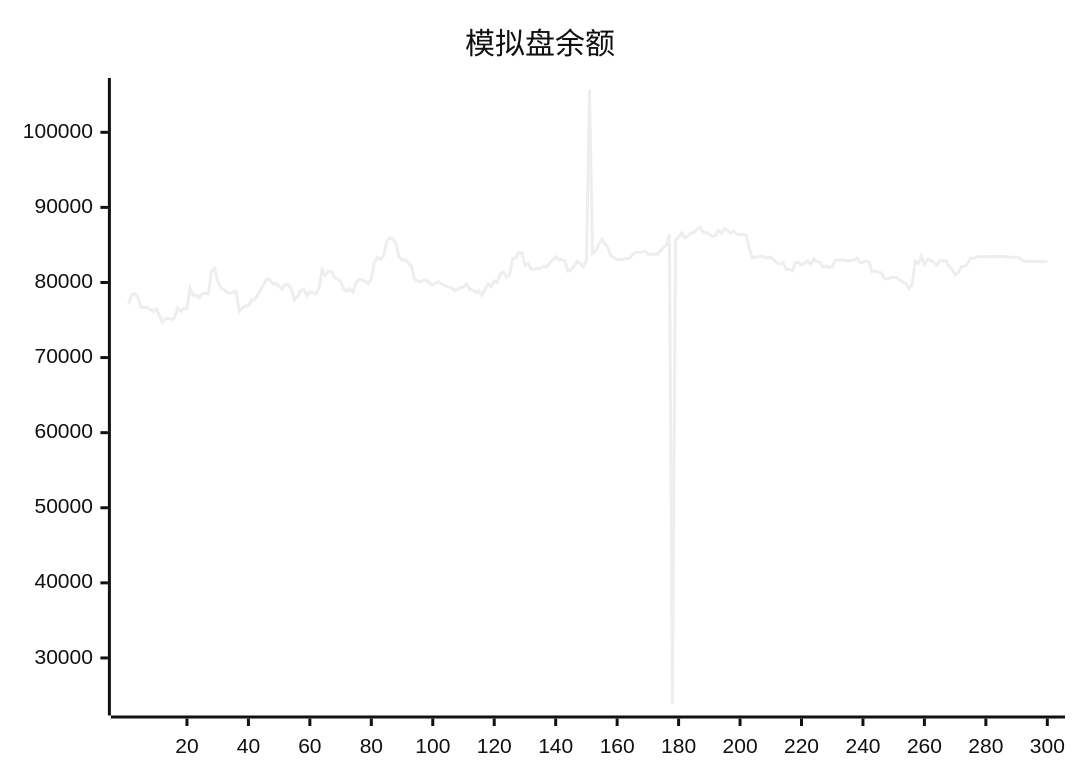
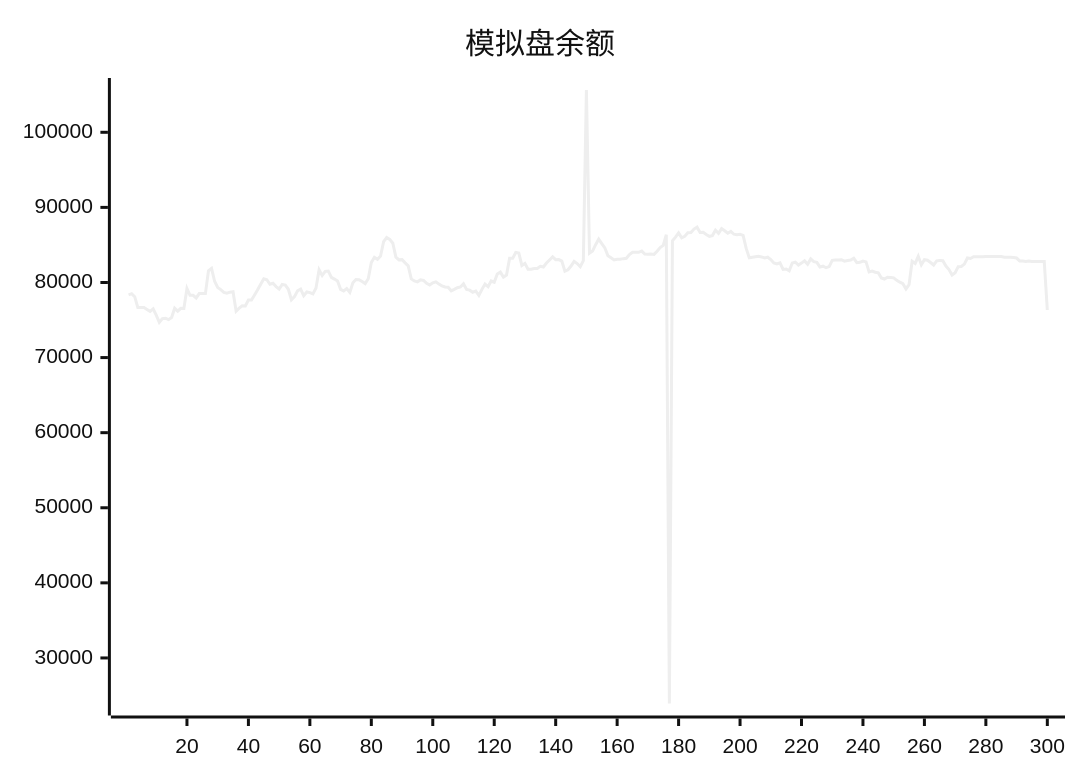
Before and after one commit to aahl/ai-trading: the diagram in README.md, drawn with Mermaid (neutral theme). The commit also changed other lines of this file and 1 other file, not shown here.

````diff
--- a/README.md
+++ b/README.md
@@ -5,5 +5,5 @@
 ```mermaid
 xychart
     title "模拟盘余额"
-    line [77103,78357,78510,78106,76678,76677,76672,76411,76159,76485,75656,74695,75197,75246,75052,75334,76564,76179,76553,76551,79196,78300,78300,77944,78531,78531,78521,81564,81884,80160,79335,79055,78675,78580,78708,78764,76179,76586,76902,76876,77658,77669,78346,79023,79769,80497,80366,79761,79896,79448,79126,79749,79658,79097,77695,78114,78888,79126,78249,78738,78653,78478,79271,81680,80923,81488,81527,80681,80455,80190,79084,78879,79193,78686,79954,80403,80374,80118,79848,80491,82665,83351,83098,83525,85430,85983,85737,85221,83378,83014,83043,82613,82216,80477,80208,80081,80348,80277,79894,79670,79965,80093,79786,79542,79406,79371,78893,79087,79304,79406,79841,79072,78978,78696,78846,78272,79085,79787,79442,80198,80031,81120,81379,80718,80985,83214,83212,83993,83921,82270,82547,81776,81776,81866,81866,82158,82061,82596,83000,83408,83041,83050,82858,81503,81691,82188,82812,82517,82092,82901,105633,83898,84180,85030,85781,85178,84604,83569,83298,83008,83093,83107,83175,83228,83729,84025,84017,84019,84177,83775,83762,83785,83738,84160,84639,84939,86370,23934,85548,86046,86599,85942,86161,86622,86664,87115,87369,86666,86685,86384,86152,86243,86969,86548,87164,86885,86566,86809,86427,86348,86417,86273,84538,83299,83369,83430,83490,83404,83270,83362,83056,82605,82459,82614,81734,81788,81551,82598,82702,82320,82580,82878,82426,83139,82778,82686,82056,82166,81963,82110,82951,82983,82984,83038,82838,82915,82998,83235,82642,82682,82858,82746,81396,81512,81362,81277,80600,80461,80699,80673,80616,80288,80038,79836,79142,79722,82837,82533,83480,82366,83032,82960,82654,82330,82883,82934,82901,82188,81728,81005,81298,82110,82135,82449,83264,83203,83440,83439,83440,83440,83446,83447,83448,83447,83448,83449,83369,83369,83369,83313,83256,82872,82873,82801,82844,82785,82791,82791,82793,82794]
+    line [78357,78510,78106,76678,76677,76672,76411,76159,76485,75656,74695,75197,75246,75052,75334,76564,76179,76553,76551,79196,78300,78300,77944,78531,78531,78521,81564,81884,80160,79335,79055,78675,78580,78708,78764,76179,76586,76902,76876,77658,77669,78346,79023,79769,80497,80366,79761,79896,79448,79126,79749,79658,79097,77695,78114,78888,79126,78249,78738,78653,78478,79271,81680,80923,81488,81527,80681,80455,80190,79084,78879,79193,78686,79954,80403,80374,80118,79848,80491,82665,83351,83098,83525,85430,85983,85737,85221,83378,83014,83043,82613,82216,80477,80208,80081,80348,80277,79894,79670,79965,80093,79786,79542,79406,79371,78893,79087,79304,79406,79841,79072,78978,78696,78846,78272,79085,79787,79442,80198,80031,81120,81379,80718,80985,83214,83212,83993,83921,82270,82547,81776,81776,81866,81866,82158,82061,82596,83000,83408,83041,83050,82858,81503,81691,82188,82812,82517,82092,82901,105633,83898,84180,85030,85781,85178,84604,83569,83298,83008,83093,83107,83175,83228,83729,84025,84017,84019,84177,83775,83762,83785,83738,84160,84639,84939,86370,23934,85548,86046,86599,85942,86161,86622,86664,87115,87369,86666,86685,86384,86152,86243,86969,86548,87164,86885,86566,86809,86427,86348,86417,86273,84538,83299,83369,83430,83490,83404,83270,83362,83056,82605,82459,82614,81734,81788,81551,82598,82702,82320,82580,82878,82426,83139,82778,82686,82056,82166,81963,82110,82951,82983,82984,83038,82838,82915,82998,83235,82642,82682,82858,82746,81396,81512,81362,81277,80600,80461,80699,80673,80616,80288,80038,79836,79142,79722,82837,82533,83480,82366,83032,82960,82654,82330,82883,82934,82901,82188,81728,81005,81298,82110,82135,82449,83264,83203,83440,83439,83440,83440,83446,83447,83448,83447,83448,83449,83369,83369,83369,83313,83256,82872,82873,82801,82844,82785,82791,82791,82793,82794,76339]
 ```
````
